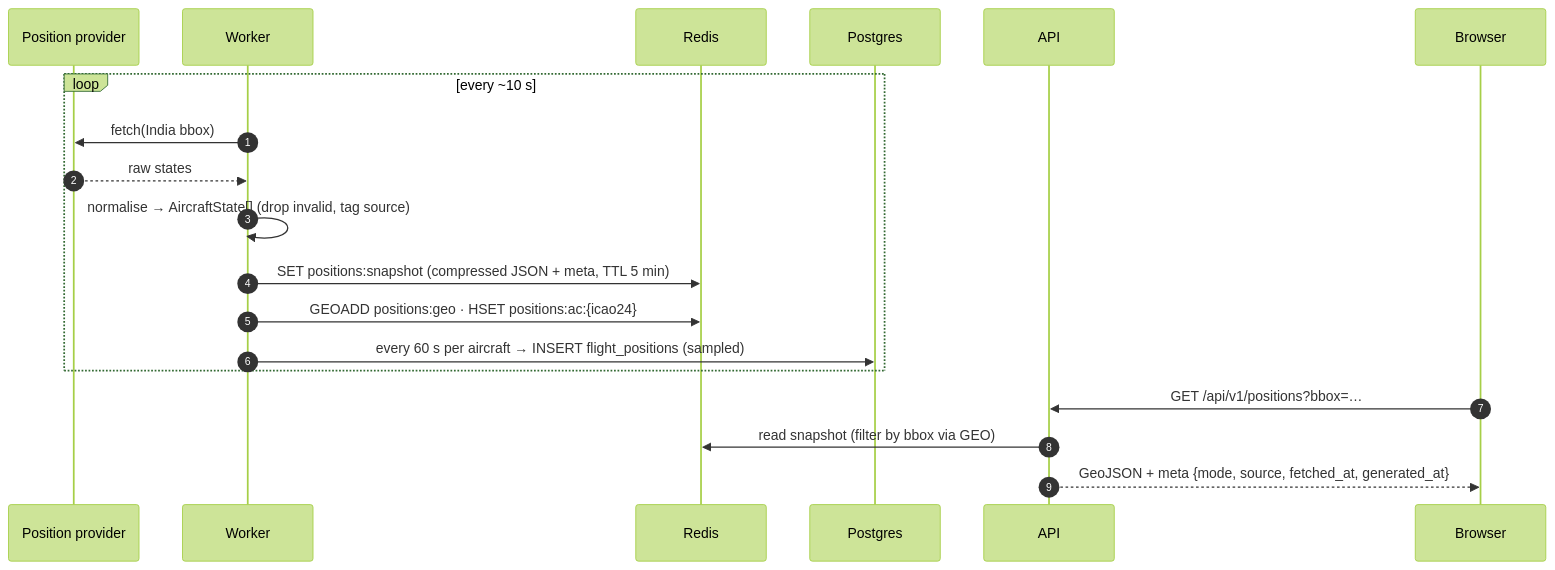
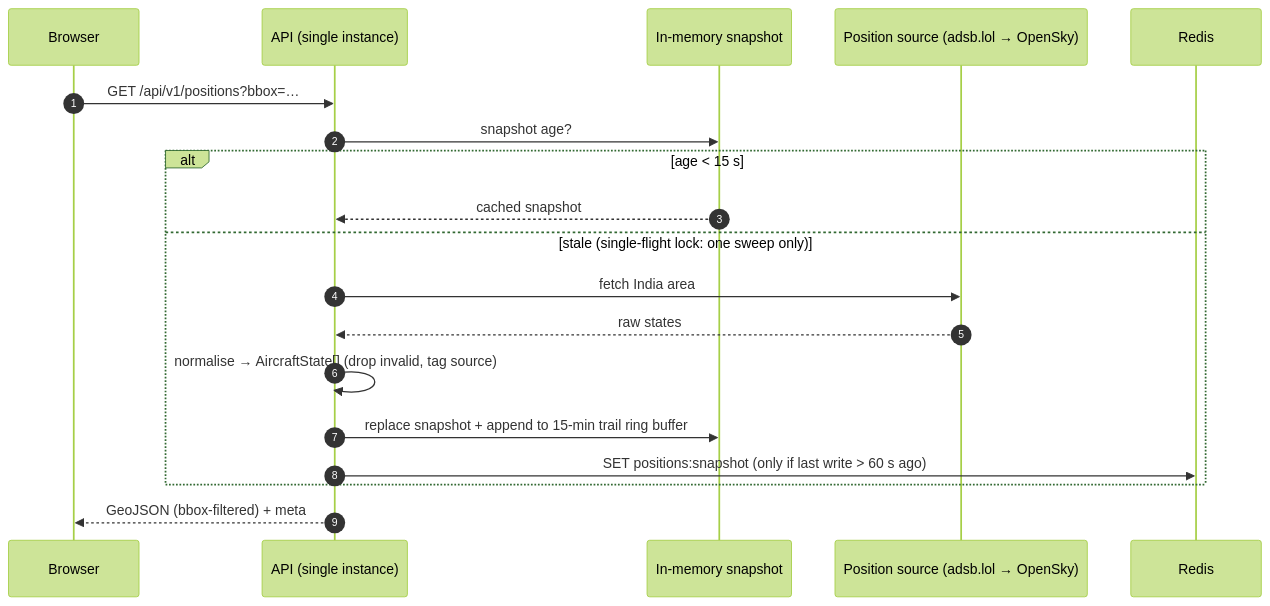
The first of 2 diagrams in docs/architecture/flight-data-flow.md (NagbhushanPai/AeroGuide), drawn with Mermaid (forest theme) before and after one commit. The commit also changed other lines of this file and 36 other files, not shown here.

````diff
--- a/docs/architecture/flight-data-flow.md
+++ b/docs/architecture/flight-data-flow.md
@@ -7,22 +7,22 @@
 ```mermaid
 sequenceDiagram
   autonumber
-  participant P as Position provider
-  participant K as Worker
+  participant B as Browser
+  participant A as API (single instance)
+  participant M as In-memory snapshot
+  participant P as Position source (adsb.lol → OpenSky)
   participant R as Redis
-  participant DB as Postgres
-  participant A as API
-  participant B as Browser
 
-  loop every ~10 s
-    K->>P: fetch(India bbox)
-    P-->>K: raw states
-    K->>K: normalise → AircraftState[] (drop invalid, tag source)
-    K->>R: SET positions:snapshot (compressed JSON + meta, TTL 5 min)
-    K->>R: GEOADD positions:geo · HSET positions:ac:{icao24}
-    K->>DB: every 60 s per aircraft → INSERT flight_positions (sampled)
+  B->>A: GET /api/v1/positions?bbox=…
+  A->>M: snapshot age?
+  alt age < 15 s
+    M-->>A: cached snapshot
+  else stale (single-flight lock: one sweep only)
+    A->>P: fetch India area
+    P-->>A: raw states
+    A->>A: normalise → AircraftState[] (drop invalid, tag source)
+    A->>M: replace snapshot + append to 15-min trail ring buffer
+    A->>R: SET positions:snapshot (only if last write > 60 s ago)
   end
-  B->>A: GET /api/v1/positions?bbox=…
-  A->>R: read snapshot (filter by bbox via GEO)
-  A-->>B: GeoJSON + meta {mode, source, fetched_at, generated_at}
+  A-->>B: GeoJSON (bbox-filtered) + meta
 ```
````
